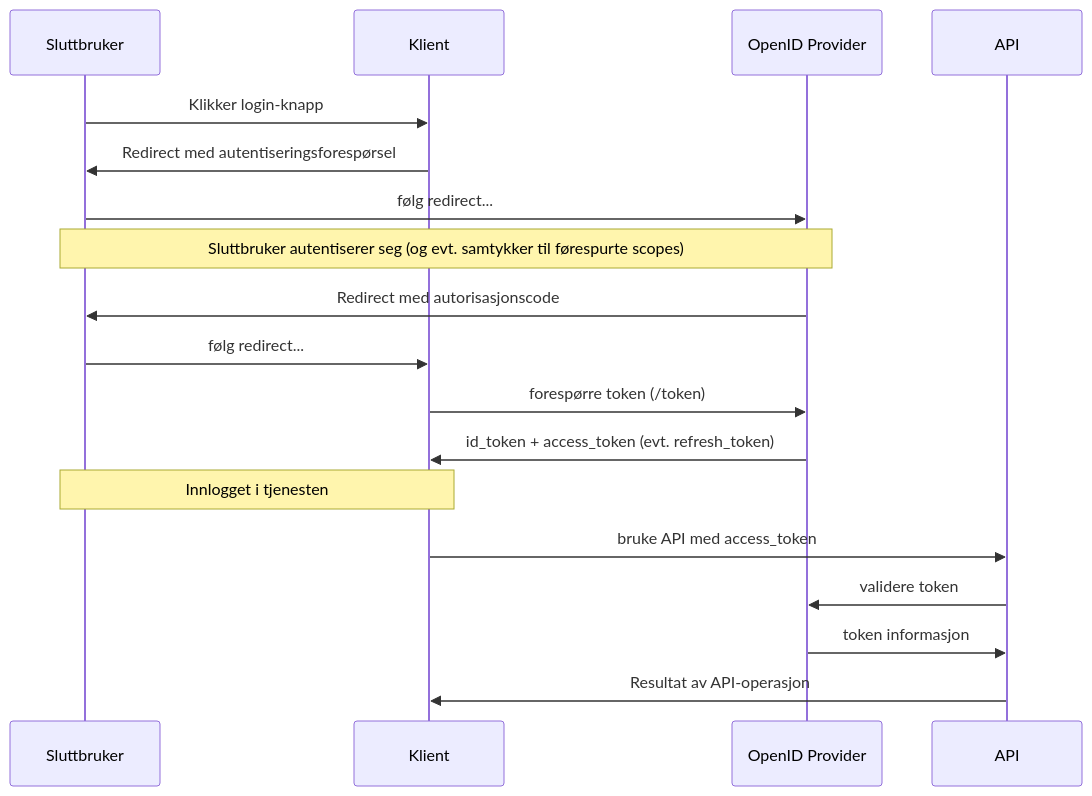
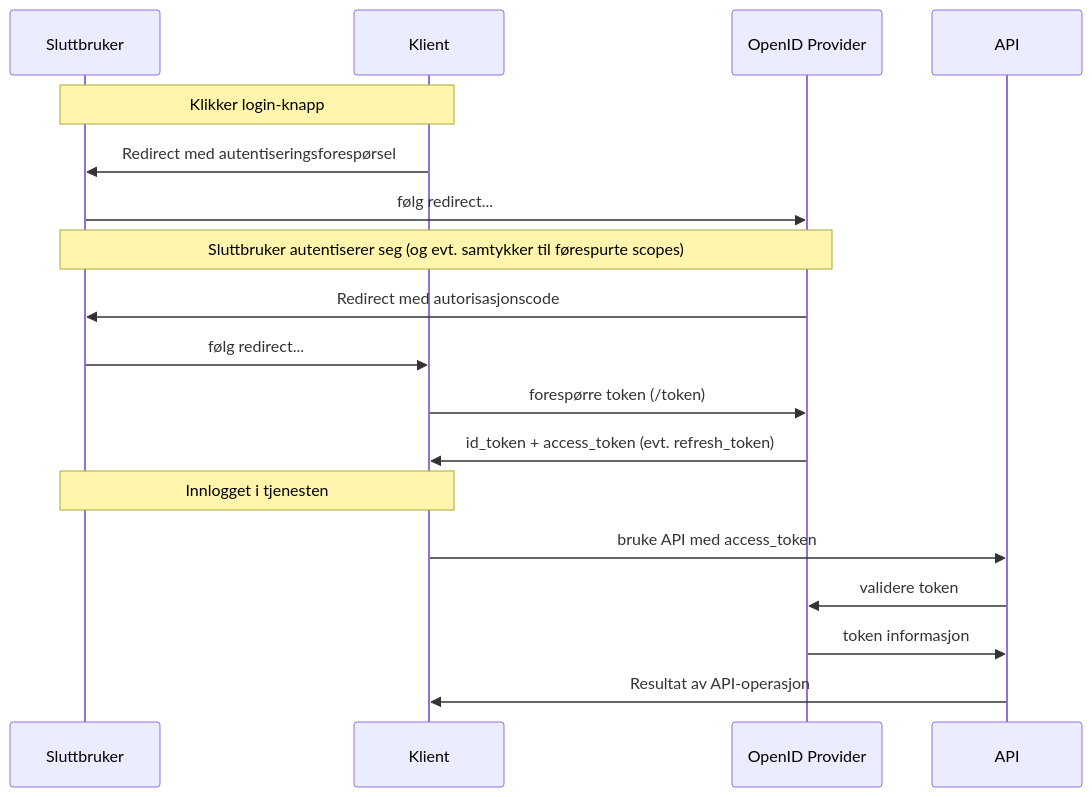
Before and after one commit to felleslosninger/docs: the second of 2 diagrams in _docs/idporten/oidc/oidc_auth_oauth2.md, drawn with Mermaid. The commit also changed other lines of this file and 1 other file, not shown here.

```diff
--- a/_docs/idporten/oidc/oidc_auth_oauth2.md
+++ b/_docs/idporten/oidc/oidc_auth_oauth2.md
@@ -82,16 +76,16 @@
 <div class="mermaid">
 sequenceDiagram
-  Sluttbruker ->> Klient: Klikker login-knapp
+  note over Sluttbruker,Klient: Klikker login-knapp
   Klient ->> Sluttbruker: Redirect med autentiseringsforespørsel
   Sluttbruker ->> OpenID Provider: følg redirect...
   note over Sluttbruker,OpenID Provider: Sluttbruker autentiserer seg (og evt. samtykker til førespurte scopes)
   OpenID Provider ->> Sluttbruker: Redirect med autorisasjonscode
   Sluttbruker ->> Klient: følg redirect...
   Klient ->> OpenID Provider: forespørre token (/token)
   OpenID Provider ->> Klient: id_token + access_token (evt. refresh_token)
   note over Sluttbruker,Klient: Innlogget i tjenesten
   Klient ->> API: bruke API med access_token
   API ->> OpenID Provider: validere token
   OpenID Provider ->> API: token informasjon
   API->>Klient: Resultat av API-operasjon
 </div>
```
